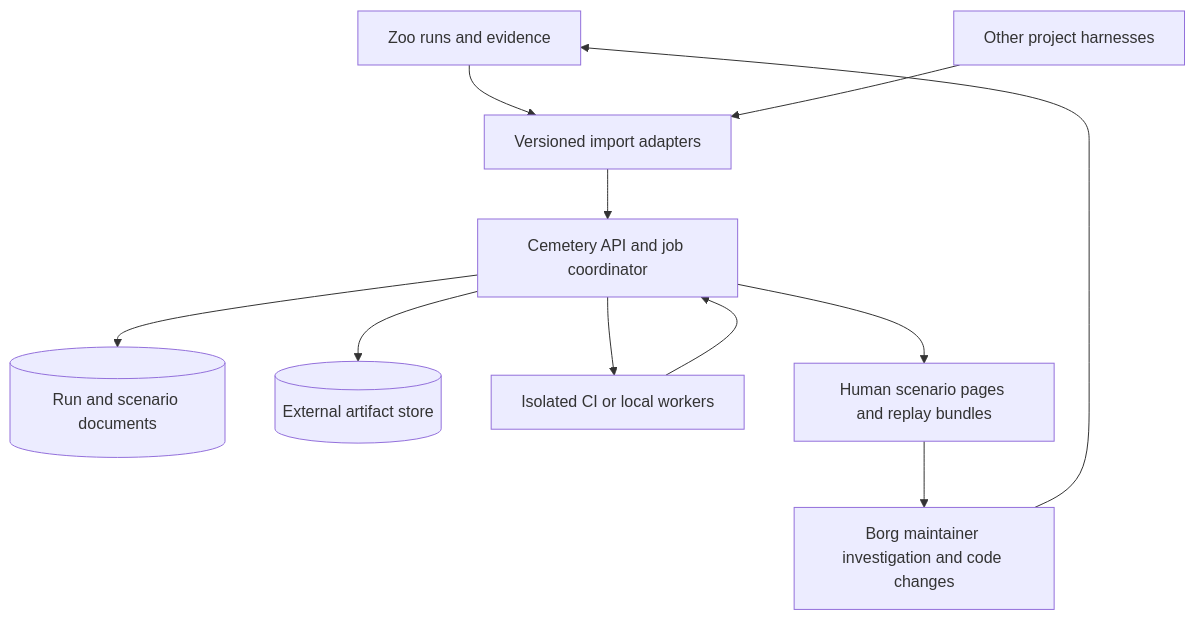
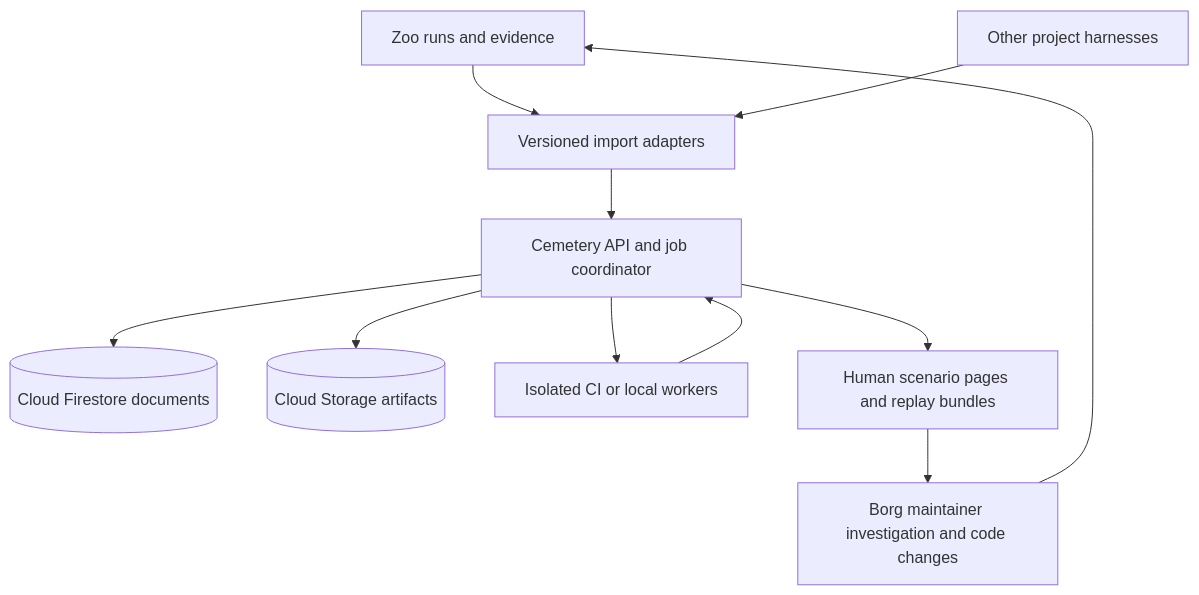
Before and after one commit to diegoami/borg-cemetery: the diagram in docs/cemetery-redesign.md, drawn with Mermaid. The commit also changed other lines of this file and 6 other files, not shown here.

````diff
--- a/docs/cemetery-redesign.md
+++ b/docs/cemetery-redesign.md
@@ -74,13 +78,13 @@
 ```mermaid
 flowchart TD
     Z[Zoo runs and evidence] --> I[Versioned import adapters]
     N[Other project harnesses] --> I
     I --> C[Cemetery API and job coordinator]
-    C --> D[(Run and scenario documents)]
-    C --> O[(External artifact store)]
+    C --> D[(Cloud Firestore documents)]
+    C --> O[(Cloud Storage artifacts)]
     C --> W[Isolated CI or local workers]
     W --> C
     C --> H[Human scenario pages and replay bundles]
     H --> B[Borg maintainer investigation and code changes]
     B --> Z
 ```
````
